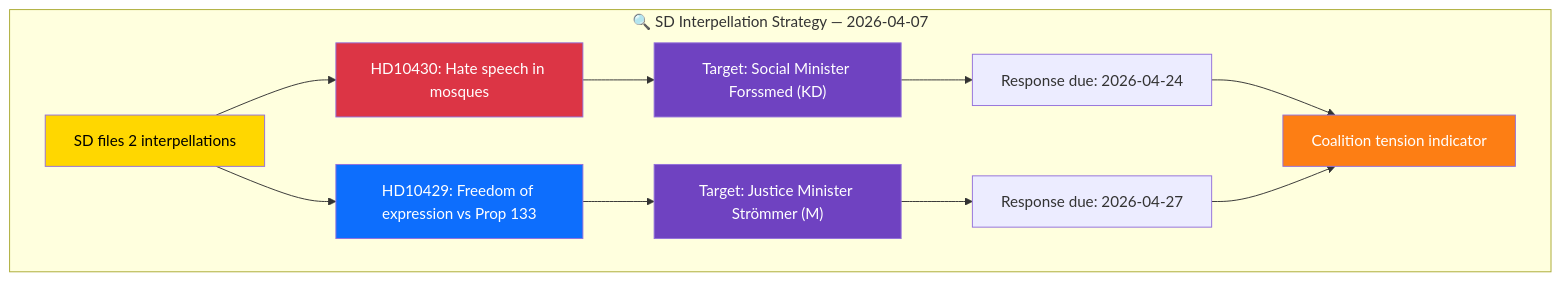
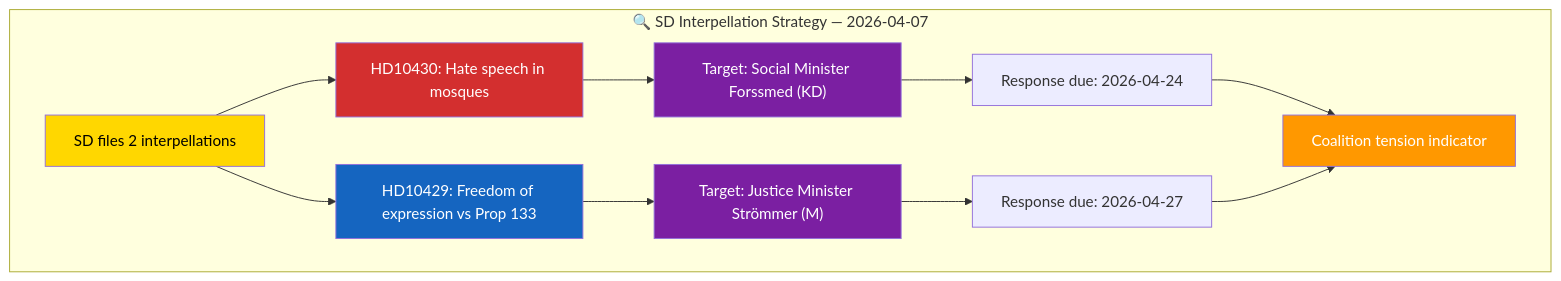
One commit to Hack23/riksdagsmonitor changed the diagram in analysis/daily/2026-04-08/interpellations/synthesis-summary.md. Above: the diagram before and after it, drawn with Mermaid. The commit also changed 785 other files, not shown here.

First line of the commit message:
Normalize mermaid colors across 786 analysis artifacts to ISMS Style Guide palette

````diff
--- a/analysis/daily/2026-04-08/interpellations/synthesis-summary.md
+++ b/analysis/daily/2026-04-08/interpellations/synthesis-summary.md
@@ -18,19 +18,19 @@
 ```mermaid
 graph TD
     subgraph "🔍 SD Interpellation Strategy — 2026-04-07"
         A["SD files 2 interpellations"] --> B["HD10430: Hate speech in mosques"]
         A --> C["HD10429: Freedom of expression vs Prop 133"]
         B --> D["Target: Social Minister Forssmed (KD)"]
         C --> E["Target: Justice Minister Strömmer (M)"]
         D --> F["Response due: 2026-04-24"]
         E --> G["Response due: 2026-04-27"]
         F --> H["Coalition tension indicator"]
         G --> H
     end
-    style A fill:#ffd700,color:#000
-    style B fill:#dc3545,color:#fff
-    style C fill:#0d6efd,color:#fff
-    style D fill:#6f42c1,color:#fff
-    style E fill:#6f42c1,color:#fff
-    style H fill:#fd7e14,color:#fff
+    style A fill:#ffd700,color:#000000
+    style B fill:#D32F2F,color:#FFFFFF
+    style C fill:#1565C0,color:#FFFFFF
+    style D fill:#7B1FA2,color:#FFFFFF
+    style E fill:#7B1FA2,color:#FFFFFF
+    style H fill:#FF9800,color:#FFFFFF
 ```
````
